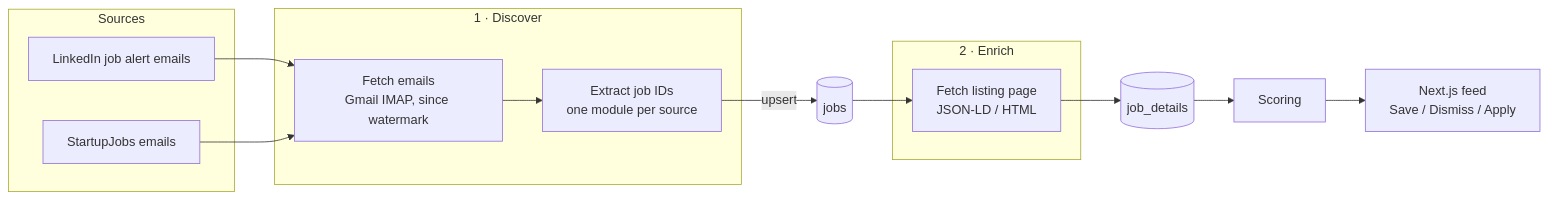
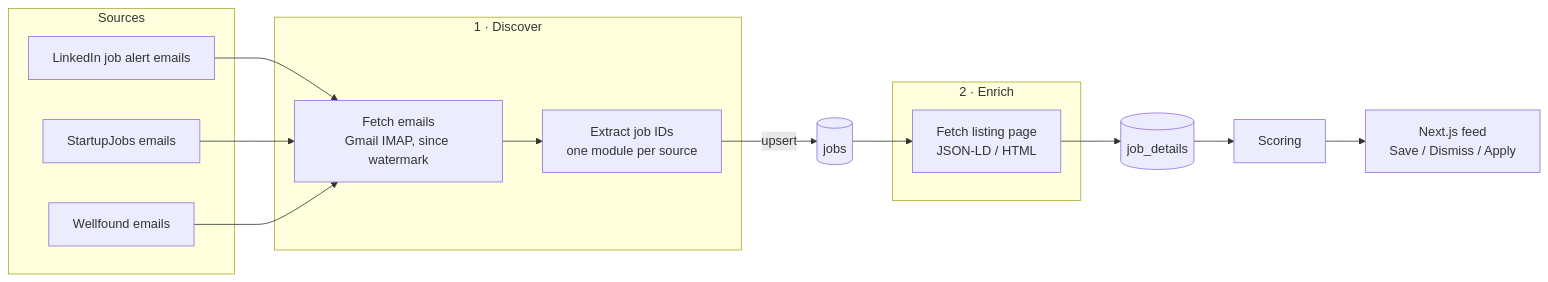
Before and after one commit to davidkopelent/job-hunter: the diagram in README.md, drawn with Mermaid. The commit also changed other lines of this file and 7 other files, not shown here.

````diff
--- a/README.md
+++ b/README.md
@@ -11,27 +11,29 @@
 ```mermaid
 flowchart LR
     subgraph Sources
         LI[LinkedIn job alert emails]
         SJ[StartupJobs emails]
+        WF[Wellfound emails]
     end
 
     subgraph Discover [1 · Discover]
         F[Fetch emails<br/>Gmail IMAP, since watermark]
         P[Extract job IDs<br/>one module per source]
     end
 
     subgraph Enrich [2 · Enrich]
         E[Fetch listing page<br/>JSON-LD / HTML]
     end
 
     J[(jobs)]
     D[(job_details)]
     S[Scoring]
     UI[Next.js feed<br/>Save / Dismiss / Apply]
 
     LI --> F
     SJ --> F
+    WF --> F
     F --> P -->|upsert| J
     J --> E --> D
     D --> S --> UI
 ```
````
